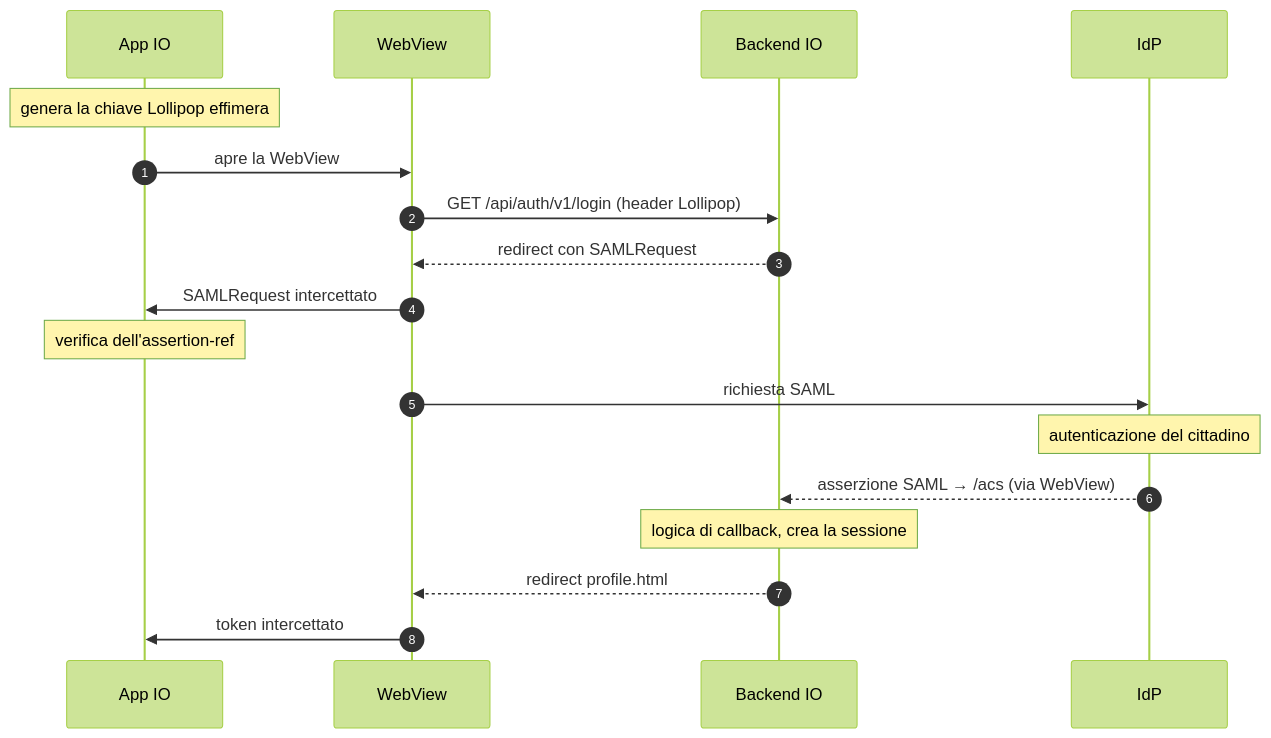
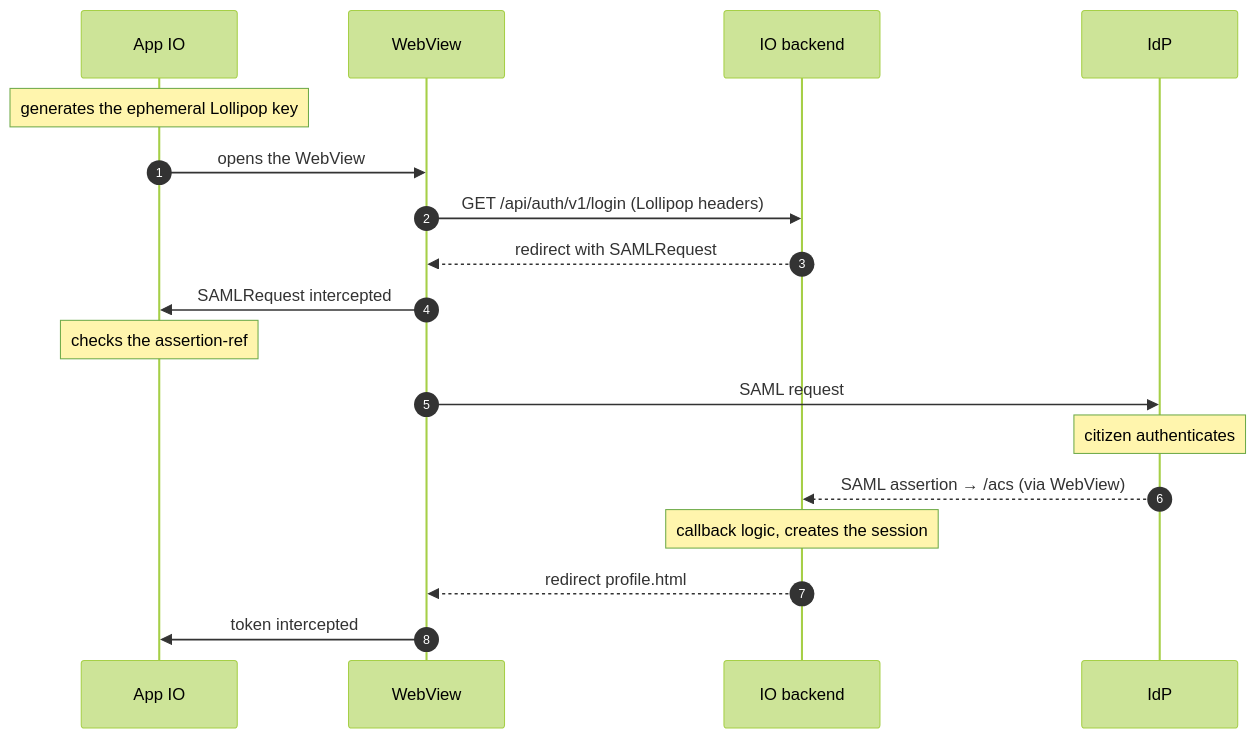
The second of 3 diagrams in docs/authentication/login-flows.md (pagopa/io-app), drawn with Mermaid (forest theme) before and after one commit. The commit also changed other lines of this file, not shown here.

Commit message:
docs(authentication): [IOPID-4100] translate login flows guide to English

````diff
--- a/docs/authentication/login-flows.md
+++ b/docs/authentication/login-flows.md
@@ -83,20 +83,20 @@
 ```mermaid
 sequenceDiagram
     autonumber
     participant App as App IO
     participant WV as WebView
-    participant BE as Backend IO
+    participant BE as IO backend
     participant IdP as IdP
-    Note over App: genera la chiave Lollipop effimera
-    App->>WV: apre la WebView
-    WV->>BE: GET /api/auth/v1/login (header Lollipop)
-    BE-->>WV: redirect con SAMLRequest
-    WV->>App: SAMLRequest intercettato
-    Note over App: verifica dell'assertion-ref
-    WV->>IdP: richiesta SAML
-    Note over IdP: autenticazione del cittadino
-    IdP-->>BE: asserzione SAML → /acs (via WebView)
-    Note over BE: logica di callback, crea la sessione
+    Note over App: generates the ephemeral Lollipop key
+    App->>WV: opens the WebView
+    WV->>BE: GET /api/auth/v1/login (Lollipop headers)
+    BE-->>WV: redirect with SAMLRequest
+    WV->>App: SAMLRequest intercepted
+    Note over App: checks the assertion-ref
+    WV->>IdP: SAML request
+    Note over IdP: citizen authenticates
+    IdP-->>BE: SAML assertion → /acs (via WebView)
+    Note over BE: callback logic, creates the session
     BE-->>WV: redirect profile.html#token
-    WV->>App: token intercettato
+    WV->>App: token intercepted
 ```
````
